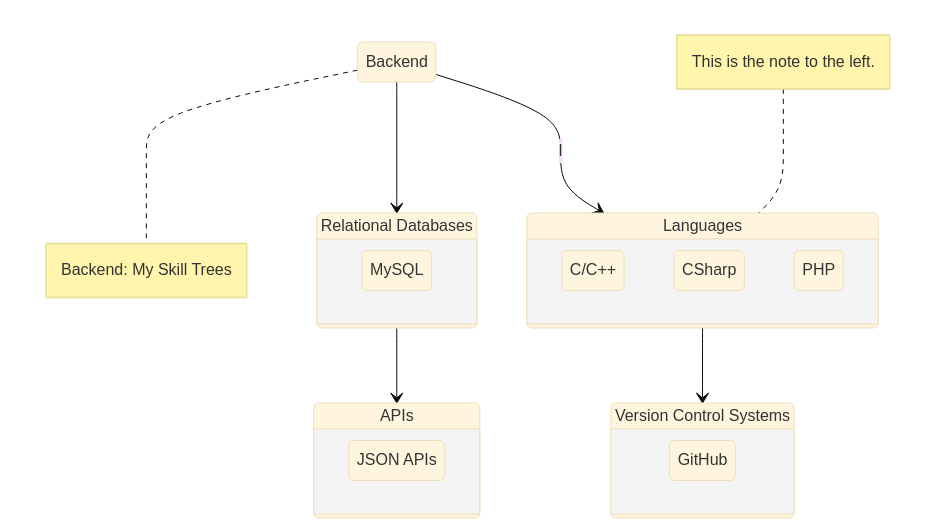
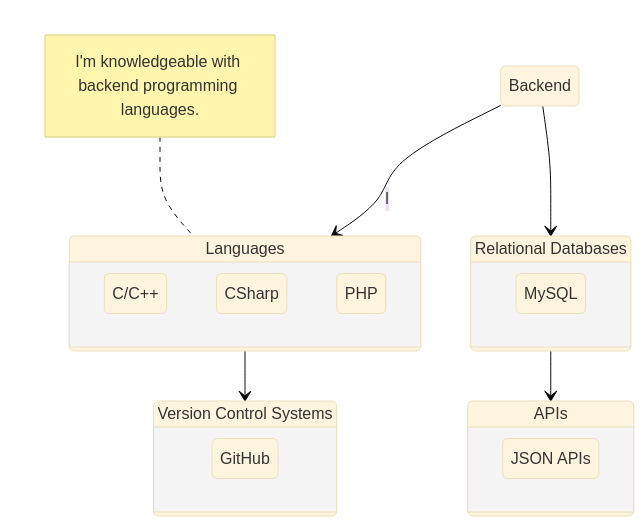
The first of 2 diagrams in README.md (farunurisonmez/farunurisonmez), drawn with Mermaid (base theme) before and after one commit. The commit also changed other lines of this file, not shown here.

````diff
--- a/README.md
+++ b/README.md
@@ -16,28 +4,24 @@
 ```mermaid
   stateDiagram-v2
-    Backend
-      note right of Backend
-        Backend: My Skill Trees
-      end note
     Backend --> Languages:l
-      note left of Languages : This is the note to the left.
+      note left of Languages : I'm knowledgeable with backend programming languages.
       state Languages {
         C/C++
         CSharp
         PHP
       }
     VersionControlSystems: Version Control Systems
     Languages --> VersionControlSystems
       state VersionControlSystems {
         GitHub
       }
     RelationalDatabases: Relational Databases
     Backend --> RelationalDatabases
     RelationalDatabases --> APIs
       state RelationalDatabases {
         MySQL: MySQL
       }
       state APIs {
         JSONAPIs: JSON APIs
       }
 ```
````
